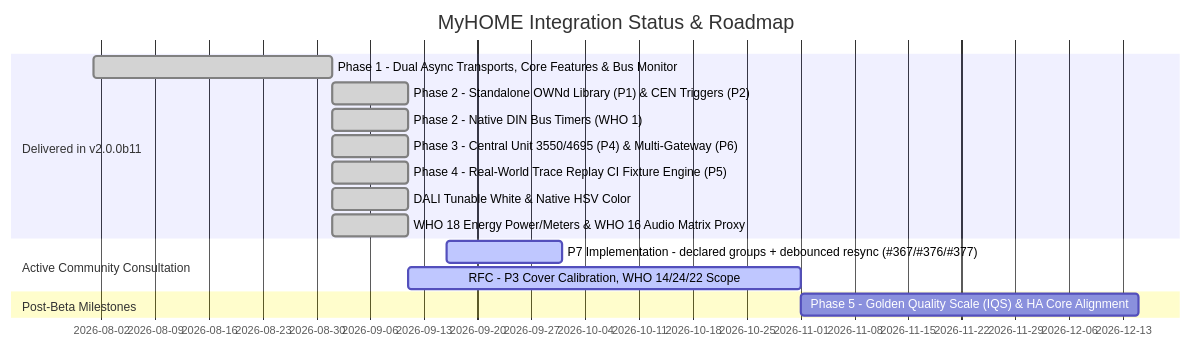
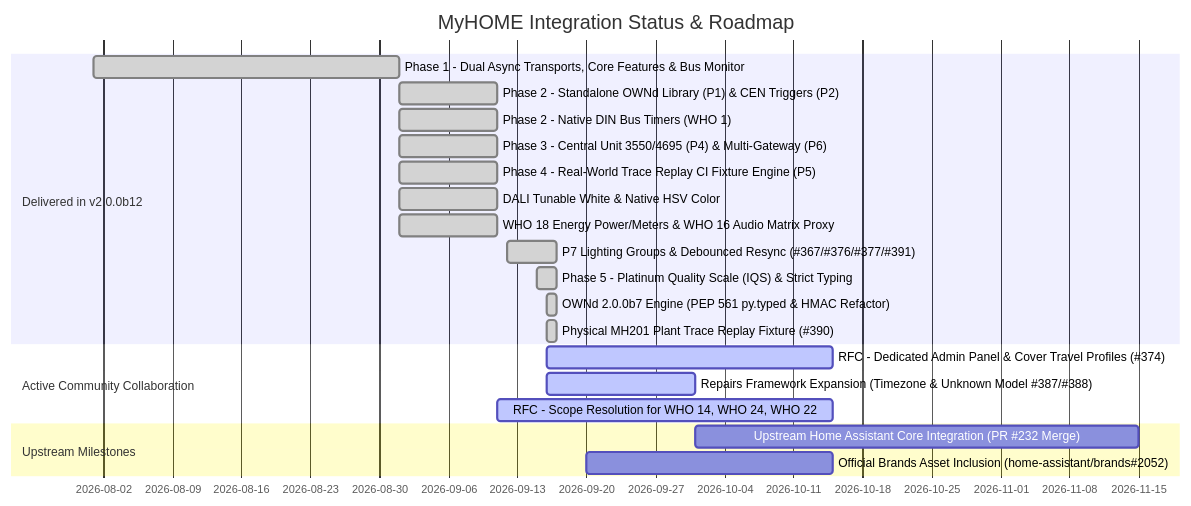
One commit to GreenGrassBlueOcean/MyHOME changed the first of 3 diagrams in ROADMAP.md. Above: the diagram before and after it, drawn with Mermaid. The commit also changed other lines of this file, not shown here.

Commit message:
docs(roadmap): update delivery status to v2.0.0b12, Platinum IQS, and P7 resolution

````diff
--- a/ROADMAP.md
+++ b/ROADMAP.md
@@ -13,18 +13,24 @@
 ```mermaid
 gantt
     title MyHOME Integration Status & Roadmap
     dateFormat  YYYY-MM-DD
-    section Delivered in v2.0.0b11
+    section Delivered in v2.0.0b12
     Phase 1 - Dual Async Transports, Core Features & Bus Monitor    :done, 2026-08-01, 2026-09-01
     Phase 2 - Standalone OWNd Library (P1) & CEN Triggers (P2)      :done, 2026-09-01, 2026-09-11
     Phase 2 - Native DIN Bus Timers (WHO 1)                         :done, 2026-09-01, 2026-09-11
     Phase 3 - Central Unit 3550/4695 (P4) & Multi-Gateway (P6)      :done, 2026-09-01, 2026-09-11
     Phase 4 - Real-World Trace Replay CI Fixture Engine (P5)        :done, 2026-09-01, 2026-09-11
     DALI Tunable White & Native HSV Color                           :done, 2026-09-01, 2026-09-11
     WHO 18 Energy Power/Meters & WHO 16 Audio Matrix Proxy          :done, 2026-09-01, 2026-09-11
-    section Active Community Consultation
-    P7 Implementation - declared groups + debounced resync (#367/#376/#377) :active, 2026-09-16, 2026-10-01
-    RFC - P3 Cover Calibration, WHO 14/24/22 Scope                  :active, 2026-09-11, 2026-11-01
-    section Post-Beta Milestones
-    Phase 5 - Golden Quality Scale (IQS) & HA Core Alignment         :2026-11-01, 2026-12-15
+    P7 Lighting Groups & Debounced Resync (#367/#376/#377/#391)     :done, 2026-09-12, 2026-09-17
+    Phase 5 - Platinum Quality Scale (IQS) & Strict Typing          :done, 2026-09-15, 2026-09-17
+    OWNd 2.0.0b7 Engine (PEP 561 py.typed & HMAC Refactor)          :done, 2026-09-16, 2026-09-17
+    Physical MH201 Plant Trace Replay Fixture (#390)                :done, 2026-09-16, 2026-09-17
+    section Active Community Collaboration
+    RFC - Dedicated Admin Panel & Cover Travel Profiles (#374)      :active, 2026-09-16, 2026-10-15
+    Repairs Framework Expansion (Timezone & Unknown Model #387/#388):active, 2026-09-16, 2026-10-01
+    RFC - Scope Resolution for WHO 14, WHO 24, WHO 22               :active, 2026-09-11, 2026-10-15
+    section Upstream Milestones
+    Upstream Home Assistant Core Integration (PR #232 Merge)        :2026-10-01, 2026-11-15
+    Official Brands Asset Inclusion (home-assistant/brands#2052)    :2026-09-20, 2026-10-15
 ```
````
